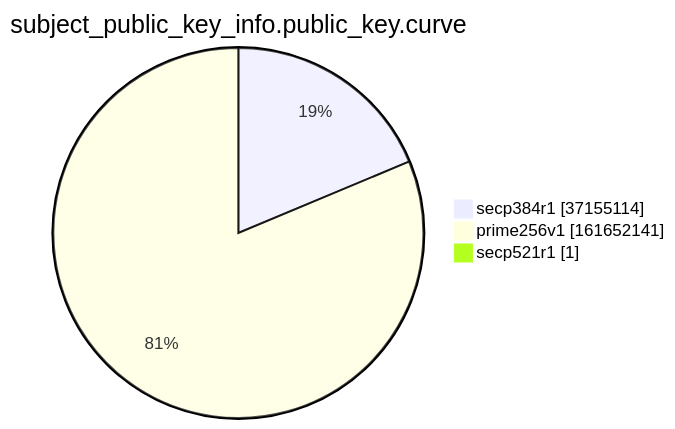
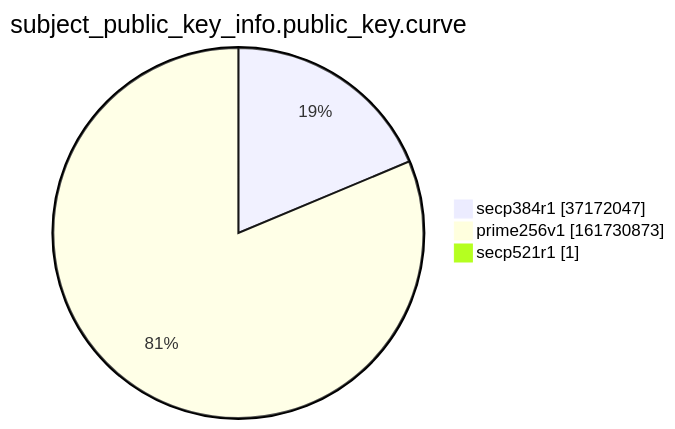
Before and after one commit to christiankrug/ctmonitor_visualization: the ninth of 15 diagrams in argon2022/README.md, drawn with Mermaid. The commit also changed other lines of this file, not shown here.

````diff
--- a/argon2022/README.md
+++ b/argon2022/README.md
@@ -2766,7 +2766,7 @@
 ```mermaid
 pie showData
 title subject_public_key_info.public_key.curve
-"secp384r1" :37155114
-"prime256v1" :161652141
+"secp384r1" :37172047
+"prime256v1" :161730873
 "secp521r1" :1
 ```
````
